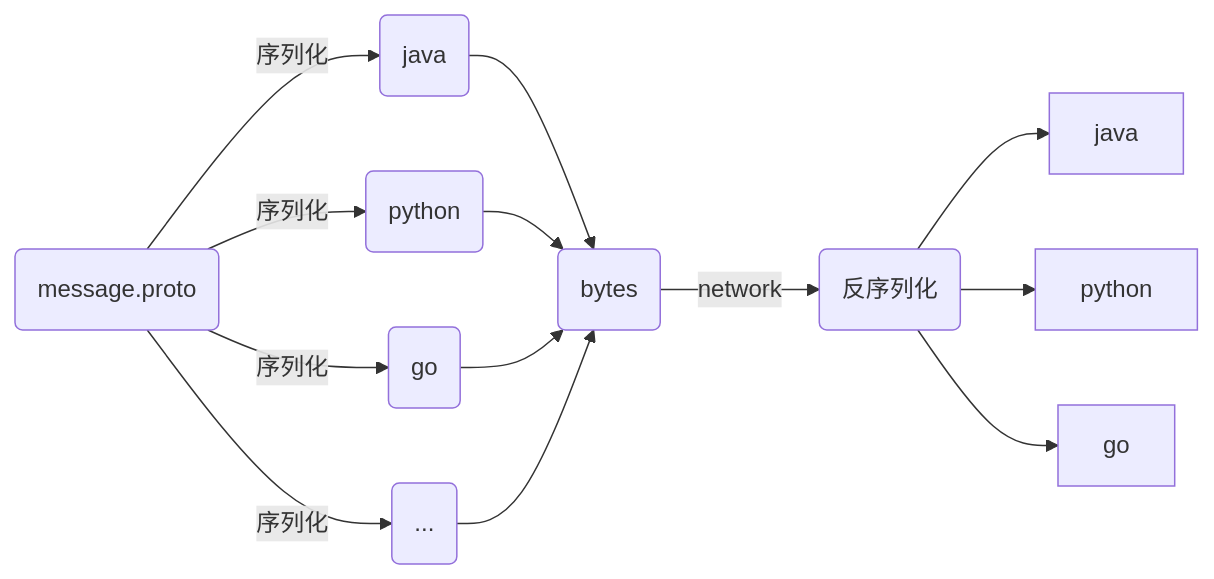
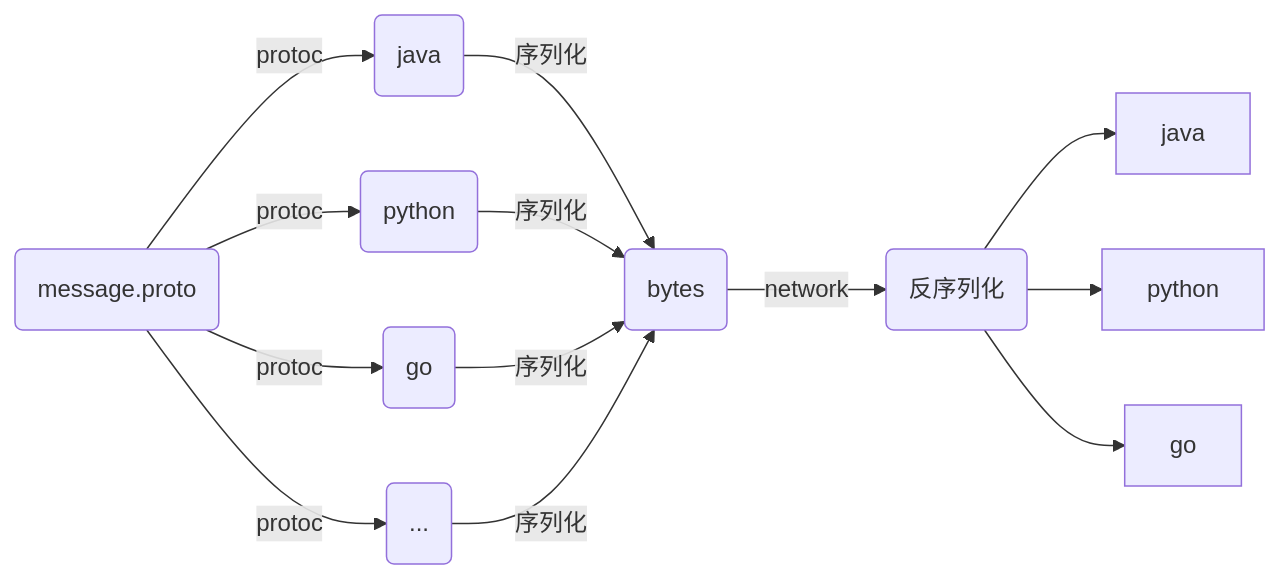
One commit to coveyliu/tech-docs changed the diagram in serialization/protobuf.md. Above: the diagram before and after it, drawn with Mermaid.

Commit message:
fix protobuf

````diff
--- a/serialization/protobuf.md
+++ b/serialization/protobuf.md
@@ -36,15 +36,15 @@
 ```mermaid
 graph LR;
-	P(message.proto) --序列化--> j;
-	P --序列化--> p;
-	P --序列化--> g;
-	P --序列化--> o;
-    j(java)-->A(bytes);
-    p(python)-->A;
-    g(go)-->A;
-    o(...)-->A;
+	P(message.proto) --protoc--> j;
+	P --protoc--> p;
+	P --protoc--> g;
+	P --protoc--> o;
+    j(java)--序列化-->A(bytes);
+    p(python)--序列化-->A;
+    g(go)--序列化-->A;
+    o(...)--序列化-->A;
     A --network--> D(反序列化);
     D --> java;
     D --> python;
     D --> go;
 ```
````
